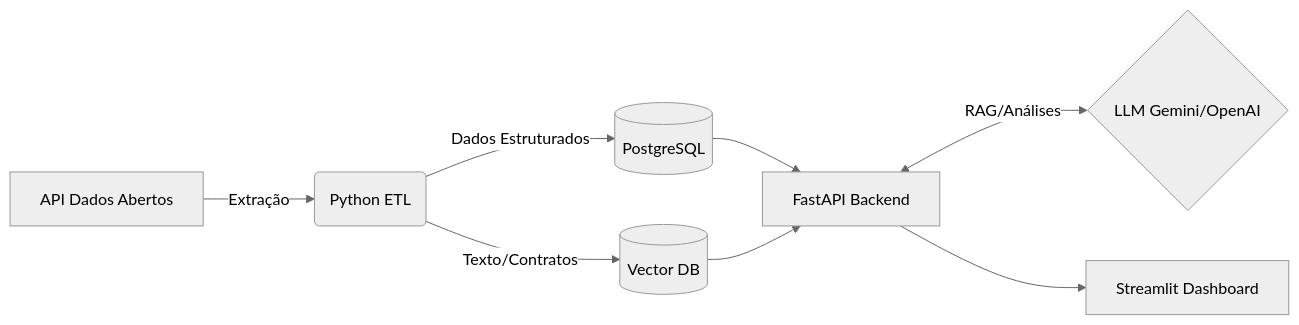
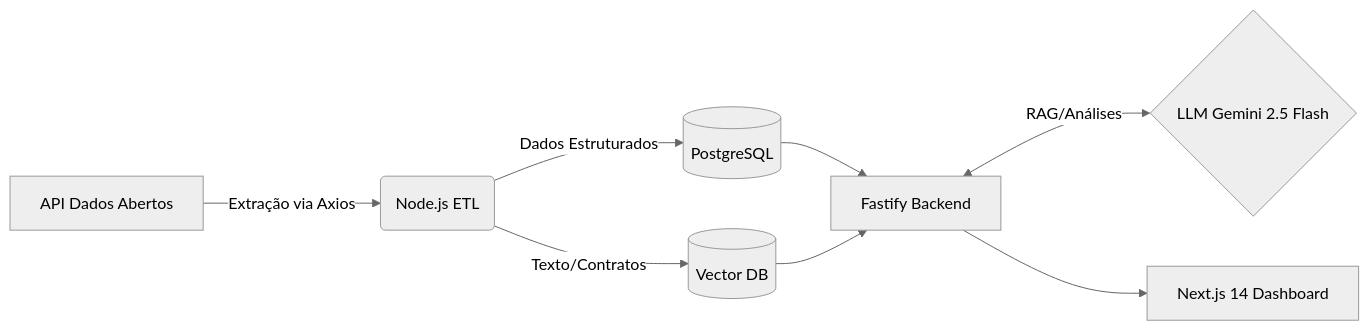
One commit to suknaic/GovData-Insights-LLM-Auditor changed the diagram in README.md. Above: the diagram before and after it, drawn with Mermaid (neutral theme). The commit also changed other lines of this file and 100 other files, not shown here.

````diff
--- a/README.md
+++ b/README.md
@@ -17,10 +13,10 @@
 ```mermaid
 graph LR
-    A[API Dados Abertos] -->|Extração| B(Python ETL)
+    A[API Dados Abertos] -->|Extração via Axios| B(Node.js ETL)
     B -->|Dados Estruturados| C[(PostgreSQL)]
     B -->|Texto/Contratos| D[(Vector DB)]
-    C --> E[FastAPI Backend]
+    C --> E[Fastify Backend]
     D --> E
-    E <-->|RAG/Análises| F{LLM Gemini/OpenAI}
-    E --> G[Streamlit Dashboard]
+    E <-->|RAG/Análises| F{LLM Gemini 2.5 Flash}
+    E --> G[Next.js 14 Dashboard]
 ```
````
